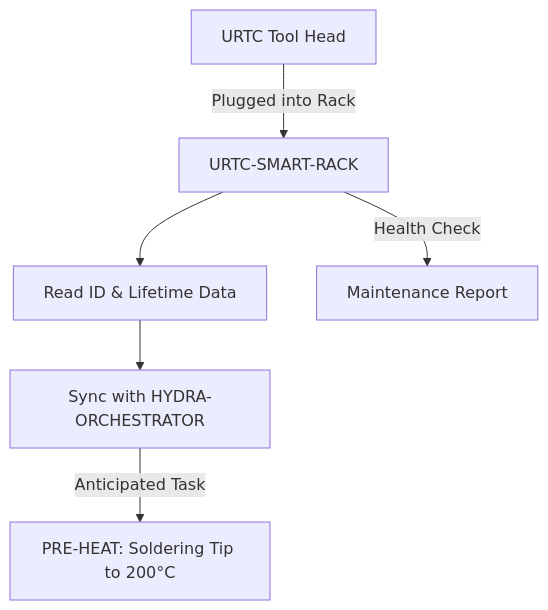
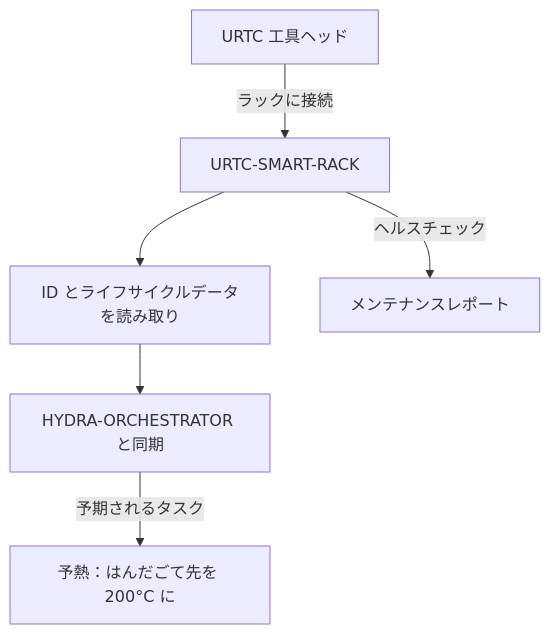
One commit to JuanenRac/URTC-SMART-RACK changed the diagram in README_jpn.md. Above: the diagram before and after it, drawn with Mermaid. The commit also changed other lines of this file and 7 other files, not shown here.

````diff
--- a/README_jpn.md
+++ b/README_jpn.md
@@ -50,8 +50,8 @@
 ```mermaid
 flowchart TB
-    TOOL["URTC Tool Head"] -- Plugged into Rack --> RACK["URTC-SMART-RACK"]
-    RACK --> IDENT["Read ID & Lifetime Data"]
-    IDENT --> SYNC["Sync with HYDRA-ORCHESTRATOR"]
-    SYNC -- Anticipated Task --> HEAT["PRE-HEAT: Soldering Tip to 200°C"]
-    RACK -- Health Check --> LOG["Maintenance Report"]
+    TOOL["URTC 工具ヘッド"] -- ラックに接続 --> RACK["URTC-SMART-RACK"]
+    RACK --> IDENT["ID とライフサイクルデータを読み取り"]
+    IDENT --> SYNC["HYDRA-ORCHESTRATOR と同期"]
+    SYNC -- 予期されるタスク --> HEAT["予熱：はんだごて先を 200°C に"]
+    RACK -- ヘルスチェック --> LOG["メンテナンスレポート"]
 ```
````
